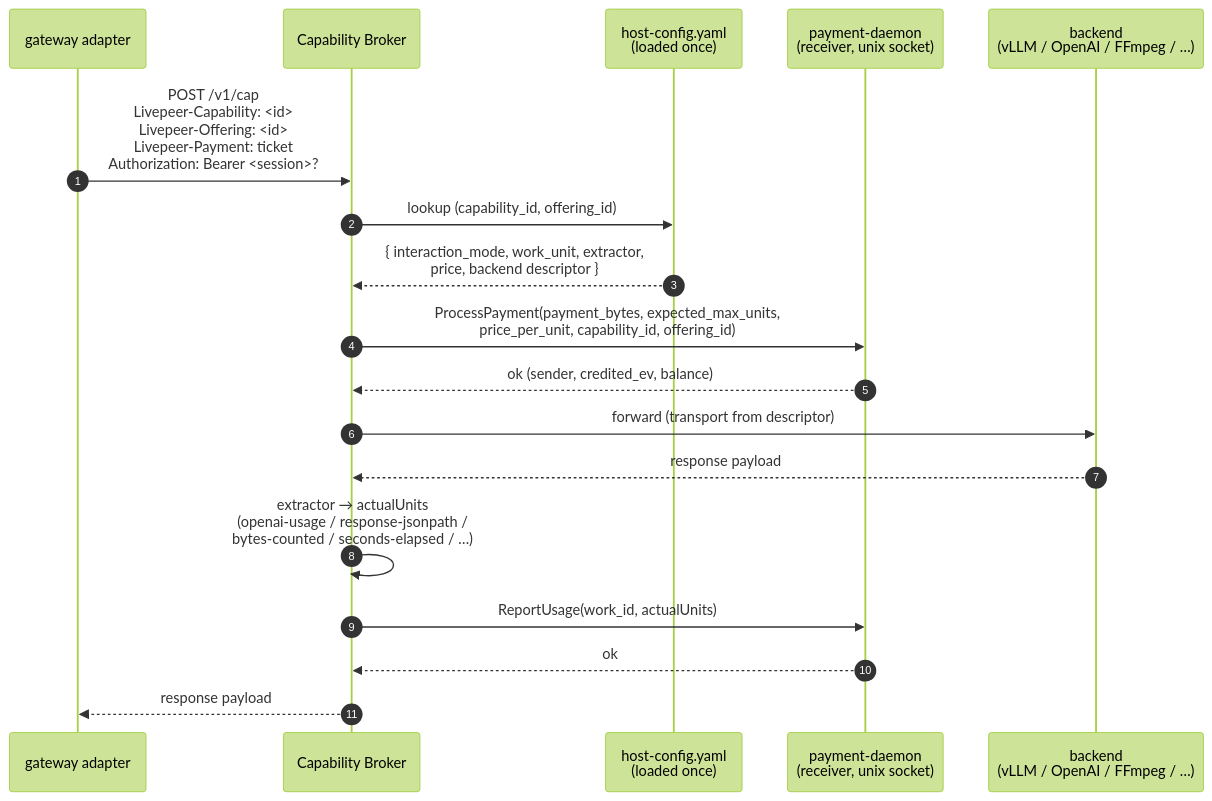
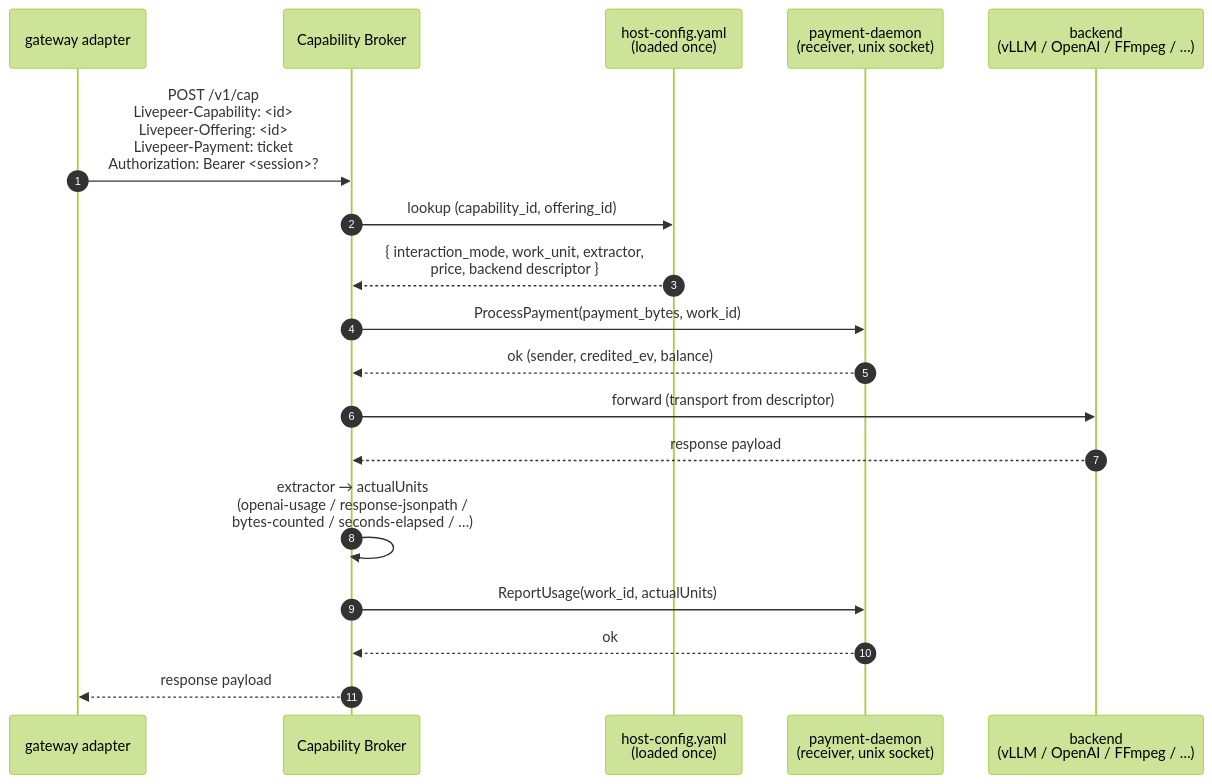
One commit to Cloud-SPE/livepeer-network-modules changed the third of 10 diagrams in docs/design-docs/architecture-overview.md. Above: the diagram before and after it, drawn with Mermaid (forest theme). The commit also changed other lines of this file and 35 other files, not shown here.

Commit message:
docs: align current payment and capability semantics

````diff
--- a/docs/design-docs/architecture-overview.md
+++ b/docs/design-docs/architecture-overview.md
@@ -195,23 +195,23 @@
 ```mermaid
 sequenceDiagram
     autonumber
     participant GW as gateway adapter
     participant Broker as Capability Broker
     participant Cfg as host-config.yaml<br/>(loaded once)
     participant PD as payment-daemon<br/>(receiver, unix socket)
     participant Backend as backend<br/>(vLLM / OpenAI / FFmpeg / …)
 
     GW->>Broker: POST /v1/cap<br/>Livepeer-Capability: <id><br/>Livepeer-Offering: <id><br/>Livepeer-Payment: ticket<br/>Authorization: Bearer <session>?
     Broker->>Cfg: lookup (capability_id, offering_id)
     Cfg-->>Broker: { interaction_mode, work_unit, extractor,<br/>price, backend descriptor }
-    Broker->>PD: ProcessPayment(payment_bytes, expected_max_units,<br/>price_per_unit, capability_id, offering_id)
+    Broker->>PD: ProcessPayment(payment_bytes, work_id)
     PD-->>Broker: ok (sender, credited_ev, balance)
 
     Broker->>Backend: forward (transport from descriptor)
     Backend-->>Broker: response payload
 
     Broker->>Broker: extractor → actualUnits<br/>(openai-usage / response-jsonpath /<br/>bytes-counted / seconds-elapsed / …)
     Broker->>PD: ReportUsage(work_id, actualUnits)
     PD-->>Broker: ok
     Broker-->>GW: response payload
 ```
````
